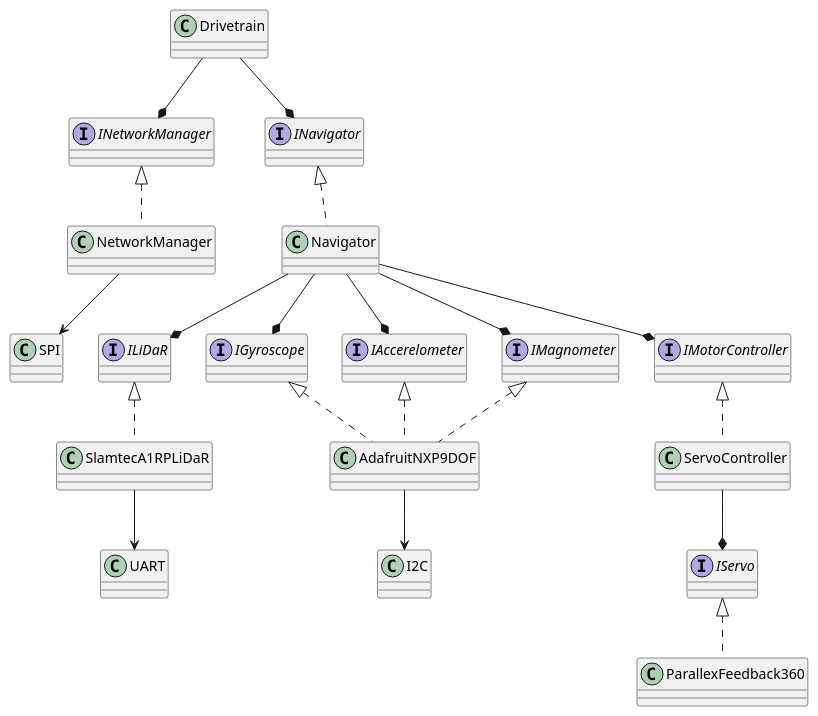
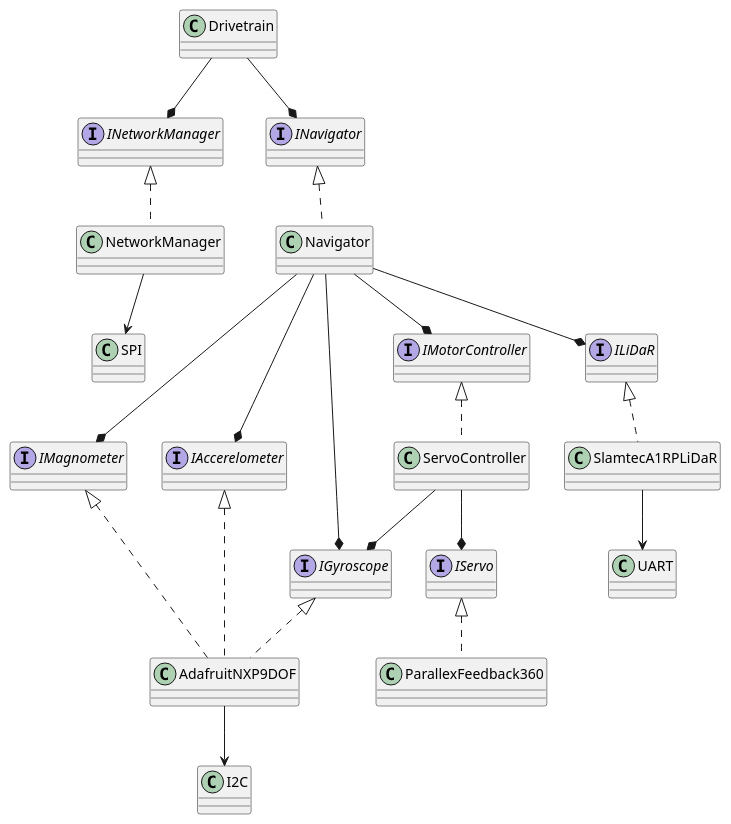
Before and after one commit to d-loers/2025-bip-project-wallai: the diagram in assets/images/class_diagram/drivetrain.puml, drawn with PlantUML.

Commit message:
Updated class diagram

```diff
--- a/assets/images/class_diagram/drivetrain.puml
+++ b/assets/images/class_diagram/drivetrain.puml
@@ -1,49 +1,50 @@
 @startuml drivetrain
 
 class Drivetrain
 class Navigator
 class ServoController
 class ParallexFeedback360
 class AdafruitNXP9DOF
 class SlamtecA1RPLiDaR
 
 class UART
 class SPI
 class I2C
 
 interface INetworkManager
 interface INavigator
 interface IMotorController
 interface IServo
 interface IMagnometer
 interface IAccerelometer
 interface IGyroscope
 interface ILiDaR
 
 Navigator .u.|> INavigator
 ServoController .u.|> IMotorController
 ParallexFeedback360 .u.|> IServo
 AdafruitNXP9DOF .u.|> IMagnometer
 AdafruitNXP9DOF .u.|> IAccerelometer
 AdafruitNXP9DOF .u.|> IGyroscope
 SlamtecA1RPLiDaR .u.|> ILiDaR
 NetworkManager .u.|> INetworkManager
 
 Drivetrain --* INavigator
 Drivetrain --* INetworkManager
 
 Navigator --* IMotorController
 Navigator --* IMagnometer
 Navigator --* IAccerelometer
 Navigator --* IGyroscope
 Navigator --* ILiDaR
 
 ServoController --* IServo
+ServoController --* IGyroscope
 
 AdafruitNXP9DOF --> I2C
 
 SlamtecA1RPLiDaR --> UART
 
 NetworkManager --> SPI
 
 @enduml
```
